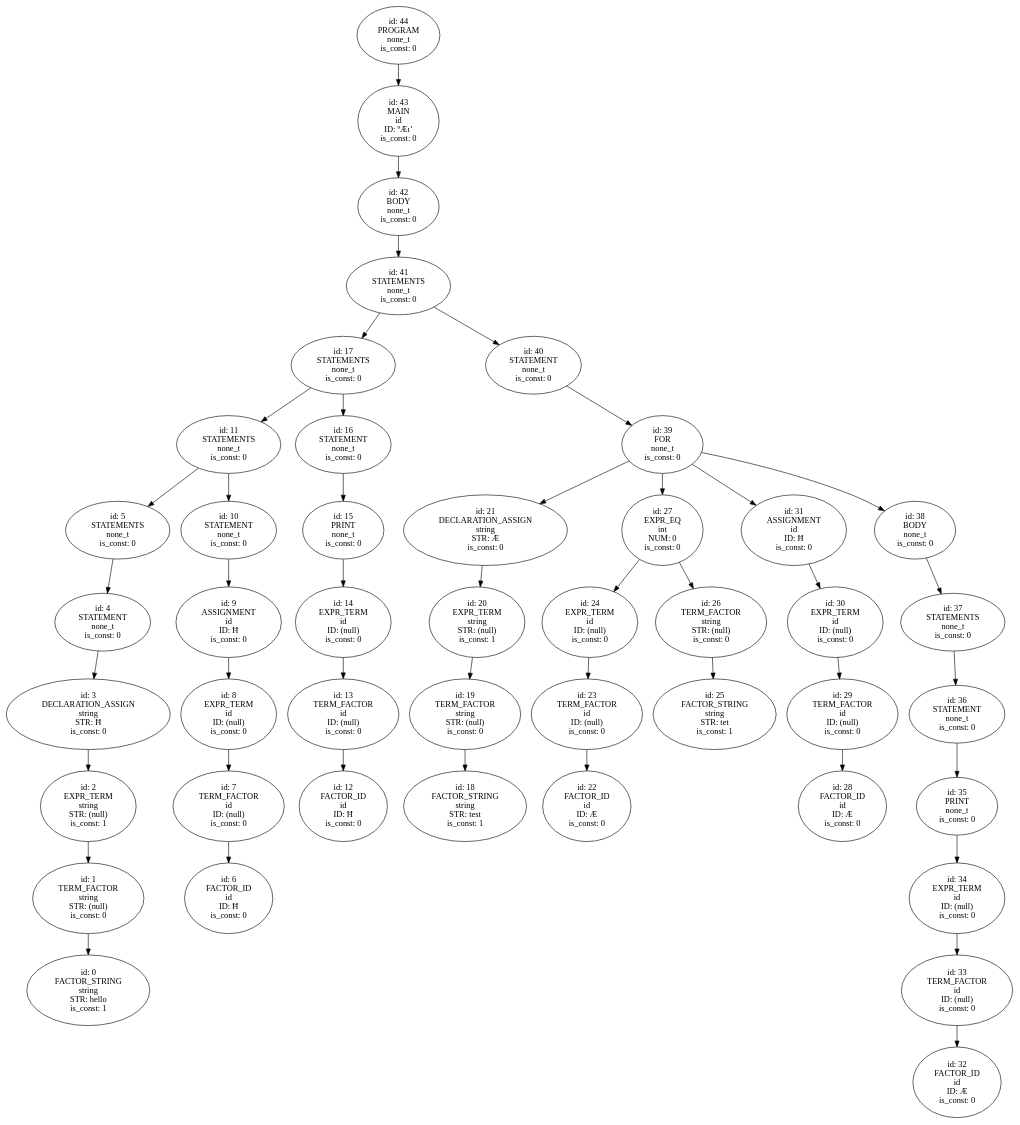
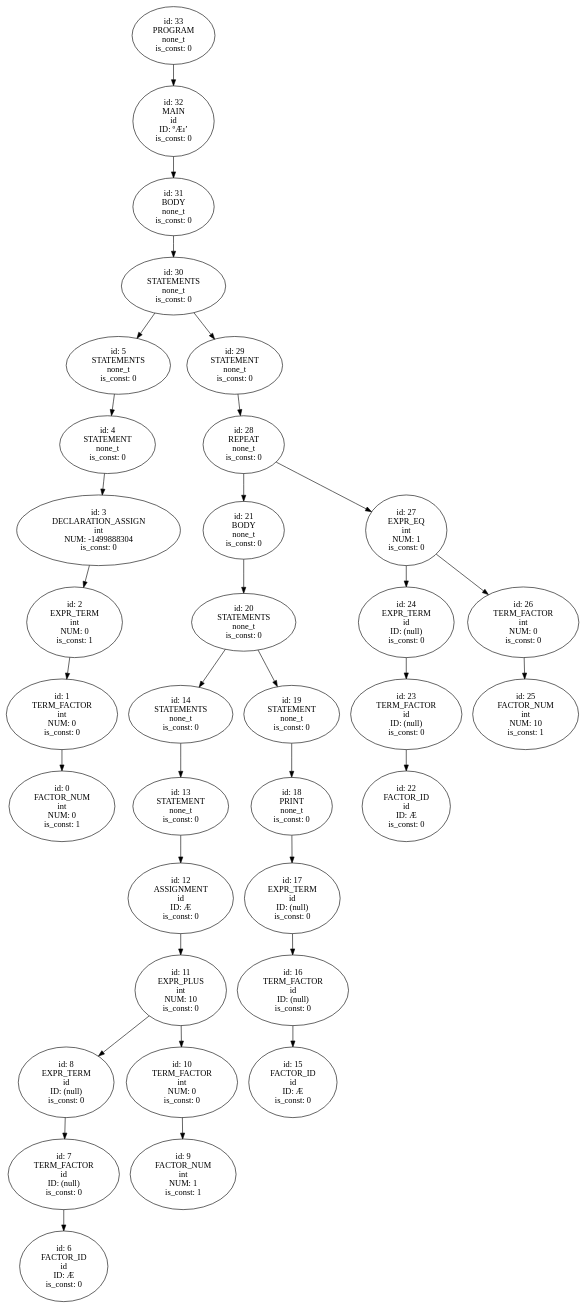
Before and after one commit to Finn-Artmann/Styx: the diagram in study_project/ast.gv, drawn with Graphviz. The commit also changed 4 other files, not shown here.

```diff
--- a/study_project/ast.gv
+++ b/study_project/ast.gv
@@ -1,35 +1,25 @@
 digraph ast {
-n44 [label="id: 44
+n33 [label="id: 33
  PROGRAM
  none_t
  is_const: 0"];
-n44 -> n43;
-n43 [label="id: 43
+n33 -> n32;
+n32 [label="id: 32
  MAIN
  id
  ID: ºÆı’
  is_const: 0"];
-n43 -> n42;
-n42 [label="id: 42
+n32 -> n31;
+n31 [label="id: 31
  BODY
  none_t
  is_const: 0"];
-n42 -> n41;
-n41 [label="id: 41
+n31 -> n30;
+n30 [label="id: 30
  STATEMENTS
  none_t
  is_const: 0"];
-n41 -> n17;
-n17 [label="id: 17
- STATEMENTS
- none_t
- is_const: 0"];
-n17 -> n11;
-n11 [label="id: 11
- STATEMENTS
- none_t
- is_const: 0"];
-n11 -> n5;
+n30 -> n5;
 n5 [label="id: 5
  STATEMENTS
  none_t
@@ -42,39 +32,70 @@
 n4 -> n3;
 n3 [label="id: 3
  DECLARATION_ASSIGN
- string
- STR: Ħ
+ int
+ NUM: -1499888304
  is_const: 0"];
 n3 -> n2;
 n2 [label="id: 2
  EXPR_TERM
- string
- STR: (null)
+ int
+ NUM: 0
  is_const: 1"];
 n2 -> n1;
 n1 [label="id: 1
  TERM_FACTOR
- string
- STR: (null)
+ int
+ NUM: 0
  is_const: 0"];
 n1 -> n0;
 n0 [label="id: 0
- FACTOR_STRING
- string
- STR: hello
+ FACTOR_NUM
+ int
+ NUM: 0
  is_const: 1"];
-n11 -> n10;
-n10 [label="id: 10
+n30 -> n29;
+n29 [label="id: 29
  STATEMENT
  none_t
  is_const: 0"];
-n10 -> n9;
-n9 [label="id: 9
+n29 -> n28;
+n28 [label="id: 28
+ REPEAT
+ none_t
+ is_const: 0"];
+n28 -> n21;
+n21 [label="id: 21
+ BODY
+ none_t
+ is_const: 0"];
+n21 -> n20;
+n20 [label="id: 20
+ STATEMENTS
+ none_t
+ is_const: 0"];
+n20 -> n14;
+n14 [label="id: 14
+ STATEMENTS
+ none_t
+ is_const: 0"];
+n14 -> n13;
+n13 [label="id: 13
+ STATEMENT
+ none_t
+ is_const: 0"];
+n13 -> n12;
+n12 [label="id: 12
  ASSIGNMENT
  id
- ID: Ħ
+ ID: Æ
  is_const: 0"];
-n9 -> n8;
+n12 -> n11;
+n11 [label="id: 11
+ EXPR_PLUS
+ int
+ NUM: 10
+ is_const: 0"];
+n11 -> n8;
 n8 [label="id: 8
  EXPR_TERM
  id
@@ -90,75 +111,53 @@
 n6 [label="id: 6
  FACTOR_ID
  id
- ID: Ħ
+ ID: Æ
  is_const: 0"];
-n17 -> n16;
-n16 [label="id: 16
+n11 -> n10;
+n10 [label="id: 10
+ TERM_FACTOR
+ int
+ NUM: 0
+ is_const: 0"];
+n10 -> n9;
+n9 [label="id: 9
+ FACTOR_NUM
+ int
+ NUM: 1
+ is_const: 1"];
+n20 -> n19;
+n19 [label="id: 19
  STATEMENT
  none_t
  is_const: 0"];
-n16 -> n15;
-n15 [label="id: 15
+n19 -> n18;
+n18 [label="id: 18
  PRINT
  none_t
  is_const: 0"];
-n15 -> n14;
-n14 [label="id: 14
+n18 -> n17;
+n17 [label="id: 17
  EXPR_TERM
  id
  ID: (null)
  is_const: 0"];
-n14 -> n13;
-n13 [label="id: 13
+n17 -> n16;
+n16 [label="id: 16
  TERM_FACTOR
  id
  ID: (null)
  is_const: 0"];
-n13 -> n12;
-n12 [label="id: 12
+n16 -> n15;
+n15 [label="id: 15
  FACTOR_ID
  id
- ID: Ħ
+ ID: Æ
  is_const: 0"];
-n41 -> n40;
-n40 [label="id: 40
- STATEMENT
- none_t
- is_const: 0"];
-n40 -> n39;
-n39 [label="id: 39
- FOR
- none_t
- is_const: 0"];
-n39 -> n21;
-n21 [label="id: 21
- DECLARATION_ASSIGN
- string
- STR: Æ
- is_const: 0"];
-n21 -> n20;
-n20 [label="id: 20
- EXPR_TERM
- string
- STR: (null)
- is_const: 1"];
-n20 -> n19;
-n19 [label="id: 19
- TERM_FACTOR
- string
- STR: (null)
- is_const: 0"];
-n19 -> n18;
-n18 [label="id: 18
- FACTOR_STRING
- string
- STR: test
- is_const: 1"];
-n39 -> n27;
+n28 -> n27;
 n27 [label="id: 27
  EXPR_EQ
  int
- NUM: 0
+ NUM: 1
  is_const: 0"];
 n27 -> n24;
 n24 [label="id: 24
@@ -181,75 +180,13 @@
 n27 -> n26;
 n26 [label="id: 26
  TERM_FACTOR
- string
- STR: (null)
+ int
+ NUM: 0
  is_const: 0"];
 n26 -> n25;
 n25 [label="id: 25
- FACTOR_STRING
- string
- STR: tet
+ FACTOR_NUM
+ int
+ NUM: 10
  is_const: 1"];
-n39 -> n31;
-n31 [label="id: 31
- ASSIGNMENT
- id
- ID: Ħ
- is_const: 0"];
-n31 -> n30;
-n30 [label="id: 30
- EXPR_TERM
- id
- ID: (null)
- is_const: 0"];
-n30 -> n29;
-n29 [label="id: 29
- TERM_FACTOR
- id
- ID: (null)
- is_const: 0"];
-n29 -> n28;
-n28 [label="id: 28
- FACTOR_ID
- id
- ID: Æ
- is_const: 0"];
-n39 -> n38;
-n38 [label="id: 38
- BODY
- none_t
- is_const: 0"];
-n38 -> n37;
-n37 [label="id: 37
- STATEMENTS
- none_t
- is_const: 0"];
-n37 -> n36;
-n36 [label="id: 36
- STATEMENT
- none_t
- is_const: 0"];
-n36 -> n35;
-n35 [label="id: 35
- PRINT
- none_t
- is_const: 0"];
-n35 -> n34;
-n34 [label="id: 34
- EXPR_TERM
- id
- ID: (null)
- is_const: 0"];
-n34 -> n33;
-n33 [label="id: 33
- TERM_FACTOR
- id
- ID: (null)
- is_const: 0"];
-n33 -> n32;
-n32 [label="id: 32
- FACTOR_ID
- id
- ID: Æ
- is_const: 0"];
 }
```
